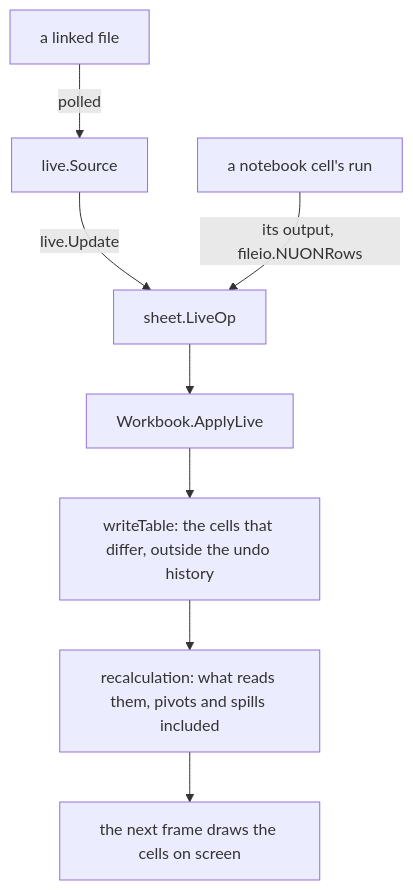
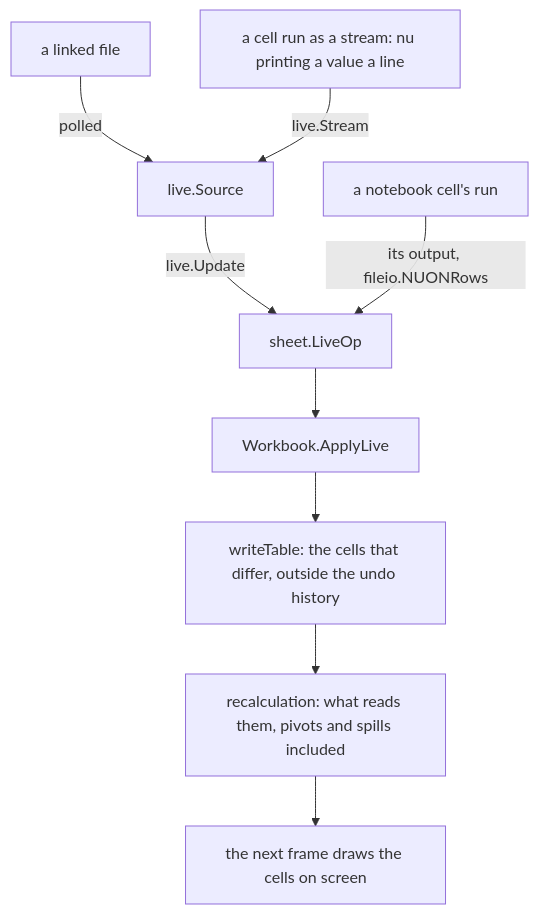
One commit to FelineStateMachine/012 changed the second of 6 diagrams in docs/contributing/architecture.md. Above: the diagram before and after it, drawn with Mermaid. The commit also changed other lines of this file and 33 other files, not shown here.

````diff
--- a/docs/contributing/architecture.md
+++ b/docs/contributing/architecture.md
@@ -289,10 +290,11 @@
 ```mermaid
 flowchart TD
   file[a linked file] -->|polled| source[live.Source]
+  stream[a cell run as a stream: nu printing a value a line] -->|live.Stream| source
   source -->|live.Update| op[sheet.LiveOp]
   cell[a notebook cell's run] -->|its output, fileio.NUONRows| op
   op --> apply[Workbook.ApplyLive]
   apply --> write[writeTable: the cells that differ, outside the undo history]
   write --> recalc[recalculation: what reads them, pivots and spills included]
   recalc --> frame[the next frame draws the cells on screen]
 ```
````
